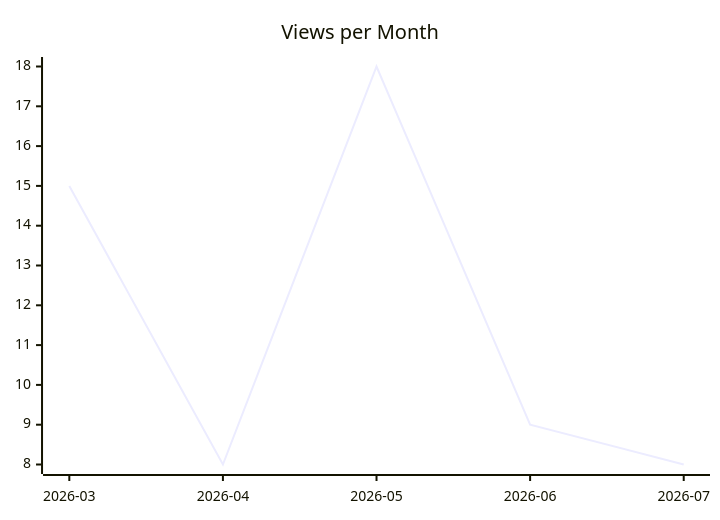
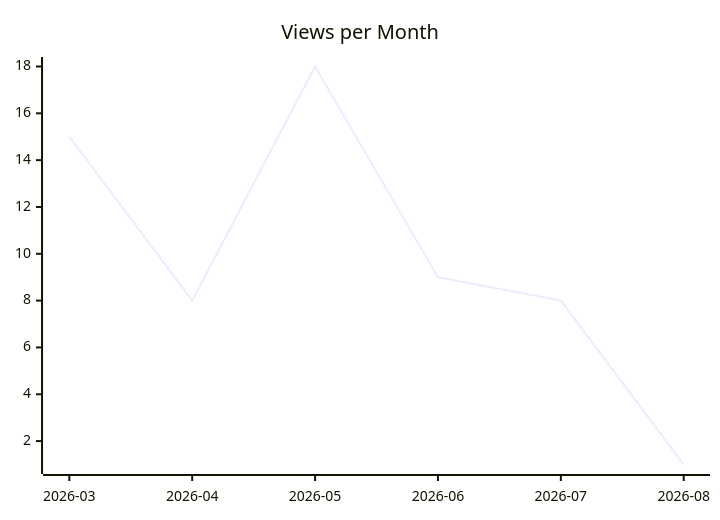
One commit to justdavis-family/github-analytics-data changed the second of 3 diagrams in karlmdavis/xmlpull/README.md. Above: the diagram before and after it, drawn with Mermaid. The commit also changed other lines of this file and 180 other files, not shown here.

````diff
--- a/karlmdavis/xmlpull/README.md
+++ b/karlmdavis/xmlpull/README.md
@@ -12,6 +12,6 @@
 ```mermaid
 xychart-beta
   title "Views per Month"
-  x-axis ["2026-03", "2026-04", "2026-05", "2026-06", "2026-07"]
-  line [15, 8, 18, 9, 8]
+  x-axis ["2026-03", "2026-04", "2026-05", "2026-06", "2026-07", "2026-08"]
+  line [15, 8, 18, 9, 8, 1]
 ```
````
